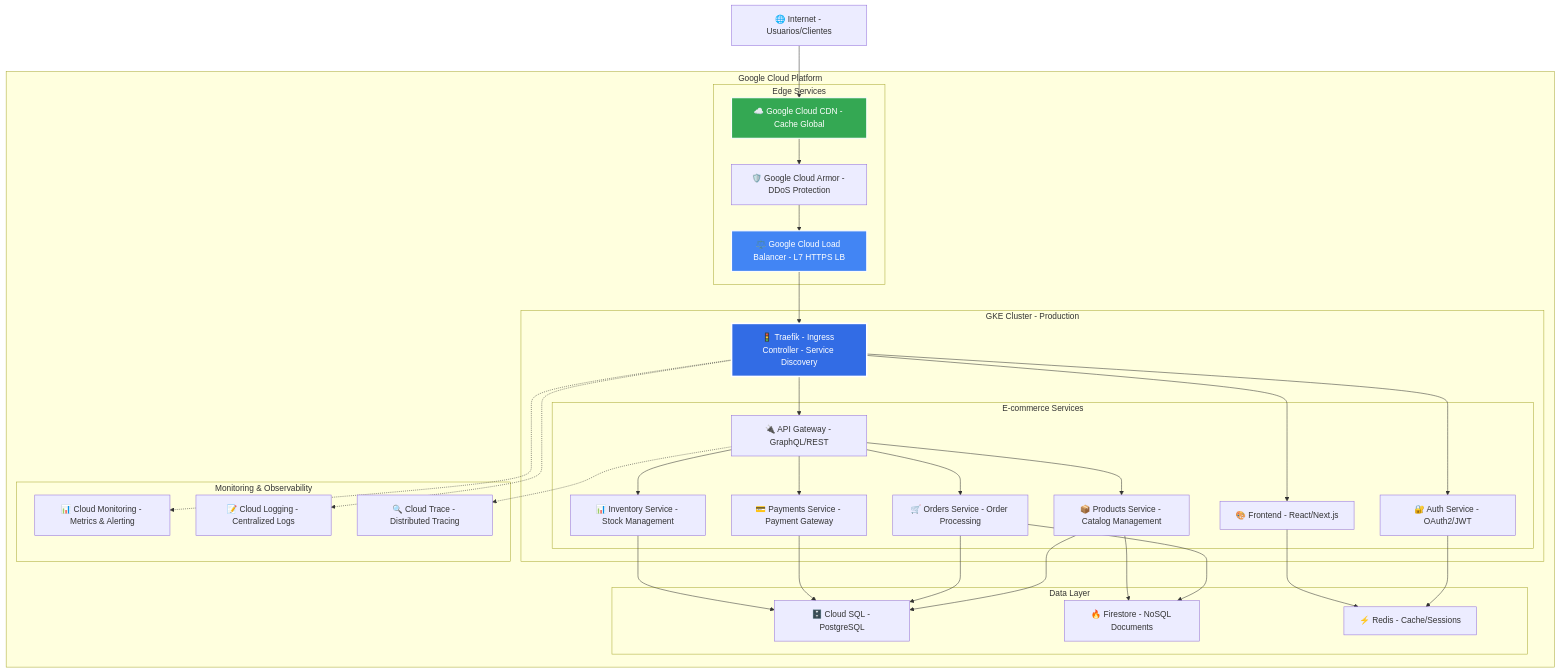
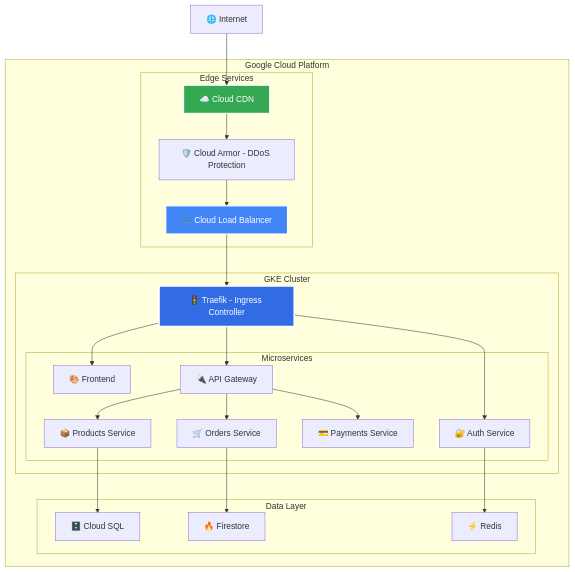
The first of 2 diagrams in docs/tech-stack-decisions/reverse-proxy-comparison.md (floxcristian/ecommerce-architecture-proposal-implementos), drawn with Mermaid before and after one commit. The commit also changed other lines of this file, not shown here.

````diff
--- a/docs/tech-stack-decisions/reverse-proxy-comparison.md
+++ b/docs/tech-stack-decisions/reverse-proxy-comparison.md
@@ -49,71 +45,49 @@
 ```mermaid
 graph TB
-    Internet[🌐 Internet - Usuarios/Clientes]
+    Internet[🌐 Internet]
 
     subgraph GCP[Google Cloud Platform]
         subgraph EdgeServices[Edge Services]
-            CloudCDN[☁️ Google Cloud CDN - Cache Global]
-            CloudArmor[🛡️ Google Cloud Armor - DDoS Protection]
-            GCLB[⚖️ Google Cloud Load Balancer - L7 HTTPS LB]
+            CloudCDN[☁️ Cloud CDN]
+            CloudArmor[🛡️ Cloud Armor - DDoS Protection]
+            GCLB[⚖️ Cloud Load Balancer]
         end
 
-        subgraph GKECluster[GKE Cluster - Production]
-            Traefik[🚦 Traefik - Ingress Controller - Service Discovery]
+        subgraph GKECluster[GKE Cluster]
+            Traefik[🚦 Traefik - Ingress Controller]
 
-            subgraph EcommerceServices[E-commerce Services]
-                Frontend[🎨 Frontend - React/Next.js]
-                API[🔌 API Gateway - GraphQL/REST]
-                Auth[🔐 Auth Service - OAuth2/JWT]
-                Products[📦 Products Service - Catalog Management]
-                Orders[🛒 Orders Service - Order Processing]
-                Payments[💳 Payments Service - Payment Gateway]
-                Inventory[📊 Inventory Service - Stock Management]
+            subgraph Services[Microservices]
+                Frontend[🎨 Frontend]
+                API[🔌 API Gateway]
+                Auth[🔐 Auth Service]
+                Products[📦 Products Service]
+                Orders[🛒 Orders Service]
+                Payments[💳 Payments Service]
             end
         end
 
         subgraph DataLayer[Data Layer]
-            CloudSQL[🗄️ Cloud SQL - PostgreSQL]
-            Firestore[🔥 Firestore - NoSQL Documents]
-            Redis[⚡ Redis - Cache/Sessions]
-        end
-
-        subgraph Observability[Monitoring & Observability]
-            CloudMonitoring[📊 Cloud Monitoring - Metrics & Alerting]
-            CloudLogging[📝 Cloud Logging - Centralized Logs]
-            CloudTrace[🔍 Cloud Trace - Distributed Tracing]
+            CloudSQL[🗄️ Cloud SQL]
+            Firestore[🔥 Firestore]
+            Redis[⚡ Redis]
         end
     end
 
     Internet --> CloudCDN
     CloudCDN --> CloudArmor
     CloudArmor --> GCLB
     GCLB --> Traefik
-
     Traefik --> Frontend
     Traefik --> API
     Traefik --> Auth
-
     API --> Products
     API --> Orders
     API --> Payments
-    API --> Inventory
-
     Products --> CloudSQL
-    Orders --> CloudSQL
-    Payments --> CloudSQL
-    Inventory --> CloudSQL
-
+    Orders --> Firestore
     Auth --> Redis
-    Frontend --> Redis
-
-    Orders --> Firestore
-    Products --> Firestore
-
-    Traefik -.-> CloudMonitoring
-    Traefik -.-> CloudLogging
-    API -.-> CloudTrace
 
     style Traefik fill:#326ce5,stroke:#fff,stroke-width:3px,color:#fff
     style GCLB fill:#4285f4,stroke:#fff,stroke-width:2px,color:#fff
     style CloudCDN fill:#34a853,stroke:#fff,stroke-width:2px,color:#fff
 ```
````
